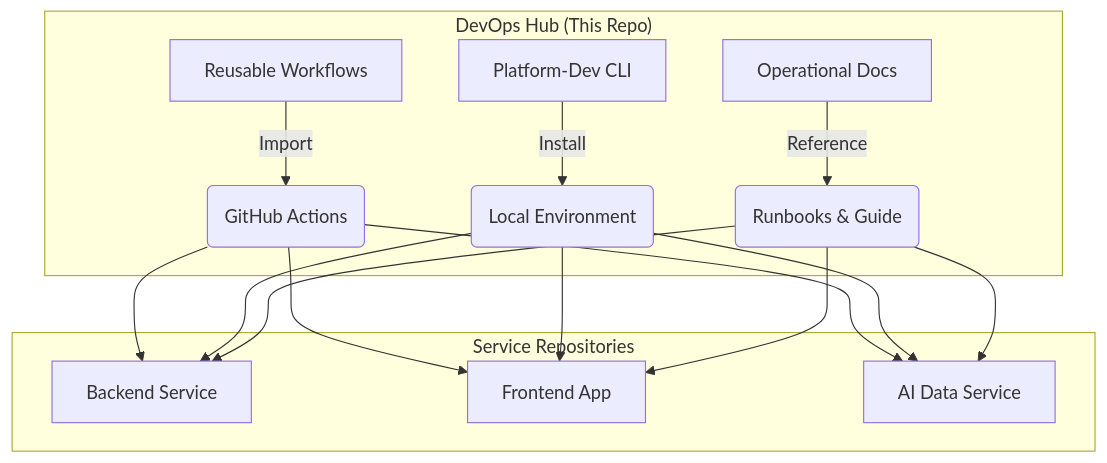
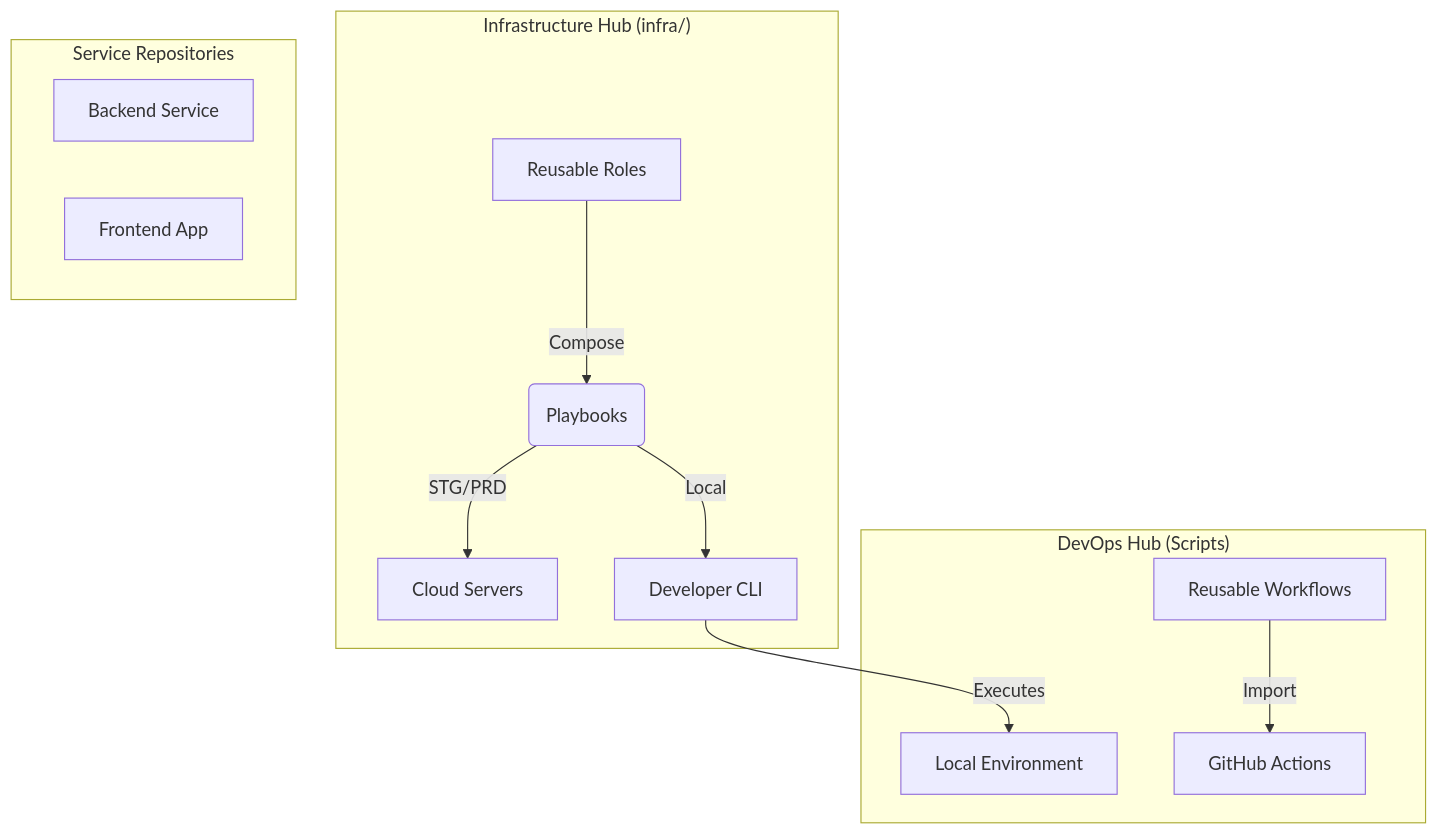
The diagram in README.md (Nicola-Ibrahim/Devops-Hub), drawn with Mermaid before and after one commit. The commit also changed 22 other files, not shown here.

Commit message:
refactor: migrate local development environment orchestration to Ansible-based automation

````diff
--- a/README.md
+++ b/README.md
@@ -17,18 +17,20 @@
 ```mermaid
 graph TD
-    subgraph "DevOps Hub (This Repo)"
-        A[Reusable Workflows] -->|Import| D(GitHub Actions)
-        B[Platform-Dev CLI] -->|Install| E(Local Environment)
-        C[Operational Docs] -->|Reference| F(Runbooks & Guide)
+    subgraph "Infrastructure Hub (infra/)"
+        A[Reusable Roles] -->|Compose| D(Playbooks)
+        D -->|STG/PRD| J[Cloud Servers]
+        D -->|Local| E[Developer CLI]
+    end
+
+    subgraph "DevOps Hub (Scripts)"
+        E -->|Executes| K[Local Environment]
+        L[Reusable Workflows] -->|Import| M[GitHub Actions]
     end
 
     subgraph "Service Repositories"
         G[Backend Service]
         H[Frontend App]
-        I[AI Data Service]
     end
 
-    D --> G & H & I
-    E --> G & H & I
-    F --> G & H & I
+    K & M & G & H
 ```
````
